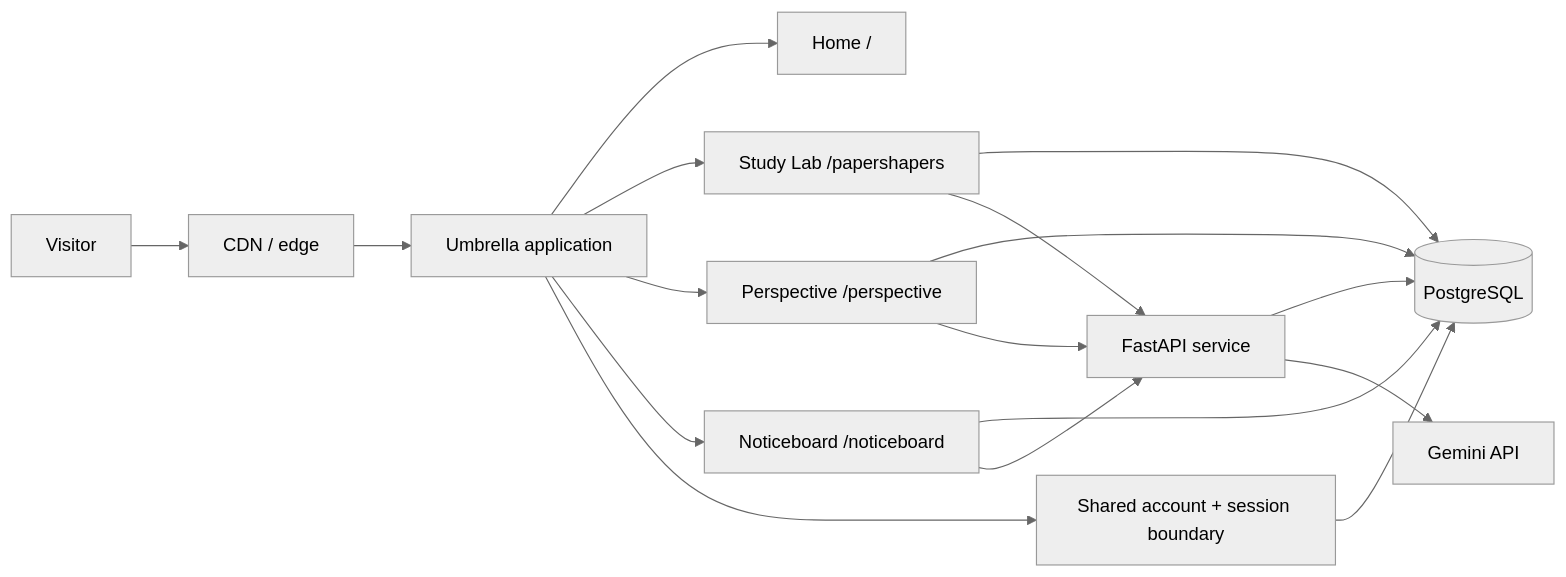
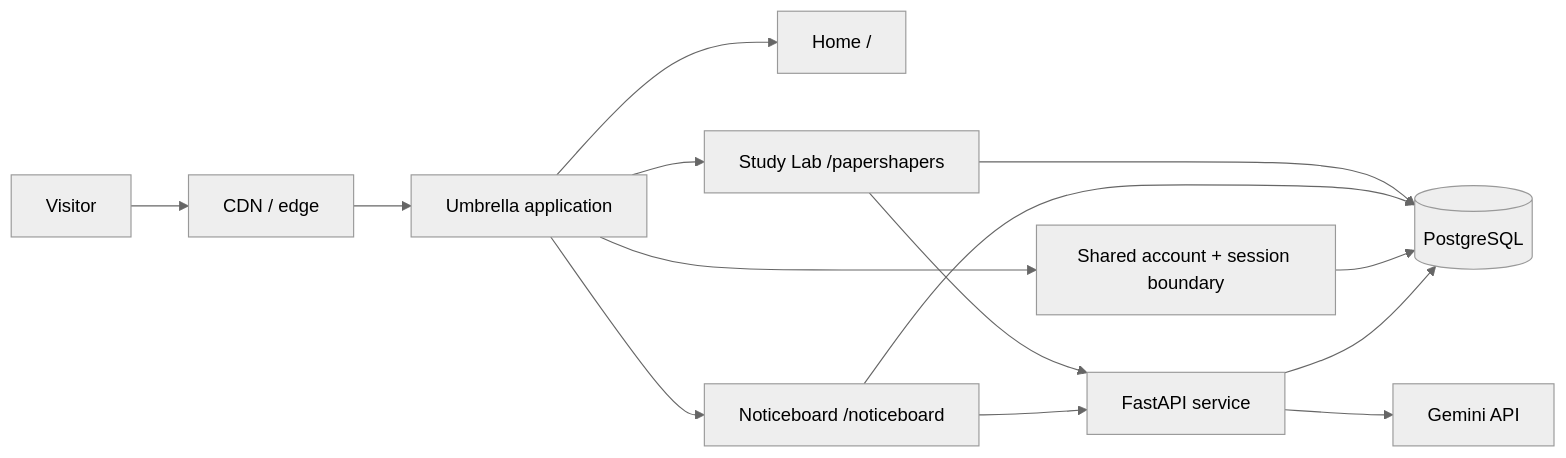
One commit to papershaper07x/papershapers_new changed the first of 3 diagrams in docs/SYSTEM_DESIGN.md. Above: the diagram before and after it, drawn with Mermaid (neutral theme). The commit also changed other lines of this file and 96 other files, not shown here.

````diff
--- a/docs/SYSTEM_DESIGN.md
+++ b/docs/SYSTEM_DESIGN.md
@@ -9,19 +9,16 @@
 ```mermaid
 flowchart LR
   V[Visitor] --> E[CDN / edge]
   E --> U[Umbrella application]
   U --> H[Home /]
   U --> S[Study Lab /papershapers]
-  U --> P[Perspective /perspective]
   U --> N[Noticeboard /noticeboard]
   S --> PG[(PostgreSQL)]
-  P --> PG
   N --> PG
   U --> AUTH[Shared account + session boundary]
   AUTH --> PG
   S --> API[FastAPI service]
-  P --> API
   N --> API
   API --> PG
   API --> LLM[Gemini API]
 ```
````
